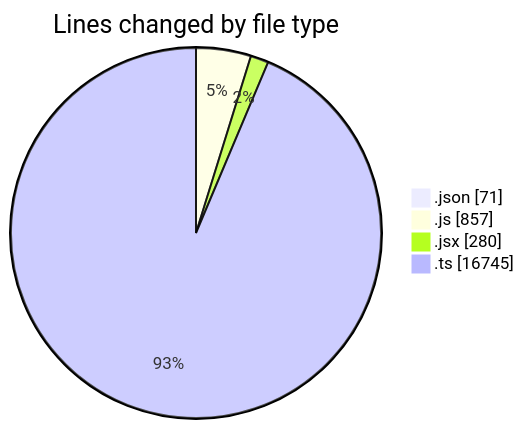
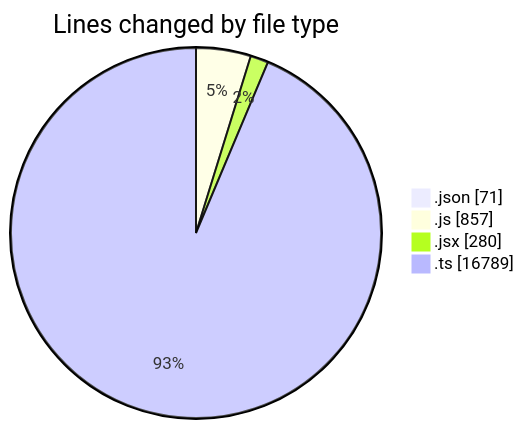
One commit to momahboobian/code-tracking changed the first of 2 diagrams in 2025-05-13/cda/README.md. Above: the diagram before and after it, drawn with Mermaid. The commit also changed other lines of this file and 1 other file, not shown here.

````diff
--- a/2025-05-13/cda/README.md
+++ b/2025-05-13/cda/README.md
@@ -31,8 +31,8 @@
 ```mermaid
 pie showData
 title Lines changed by file type
 ".json" : 71
 ".js" : 857
 ".jsx" : 280
-".ts" : 16745
+".ts" : 16789
 ```
````
